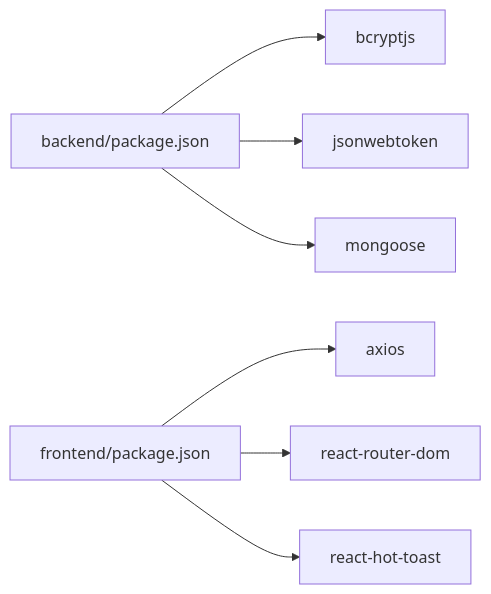
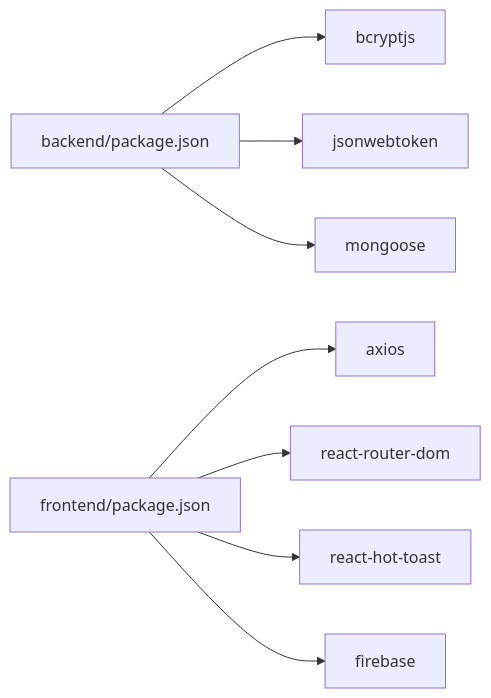
One commit to Pavan-PSPK9032/TrendsandToss changed the tenth of 11 diagrams in .qoder/repowiki/en/content/Authentication & Authorization/Login & Registration Process.md. Above: the diagram before and after it, drawn with Mermaid. The commit also changed other lines of this file and 5 other files, not shown here.

````diff
--- a/.qoder/repowiki/en/content/Authentication & Authorization/Login & Registration Process.md
+++ b/.qoder/repowiki/en/content/Authentication & Authorization/Login & Registration Process.md
@@ -384,9 +481,10 @@
 ```mermaid
 graph LR
 BE_PKG["backend/package.json"] --> BC["bcryptjs"]
 BE_PKG --> JWT["jsonwebtoken"]
 BE_PKG --> MONGO["mongoose"]
 FE_PKG["frontend/package.json"] --> AX["axios"]
 FE_PKG --> RR["react-router-dom"]
 FE_PKG --> RT["react-hot-toast"]
+FE_PKG --> FIRE["firebase"]
 ```
````
